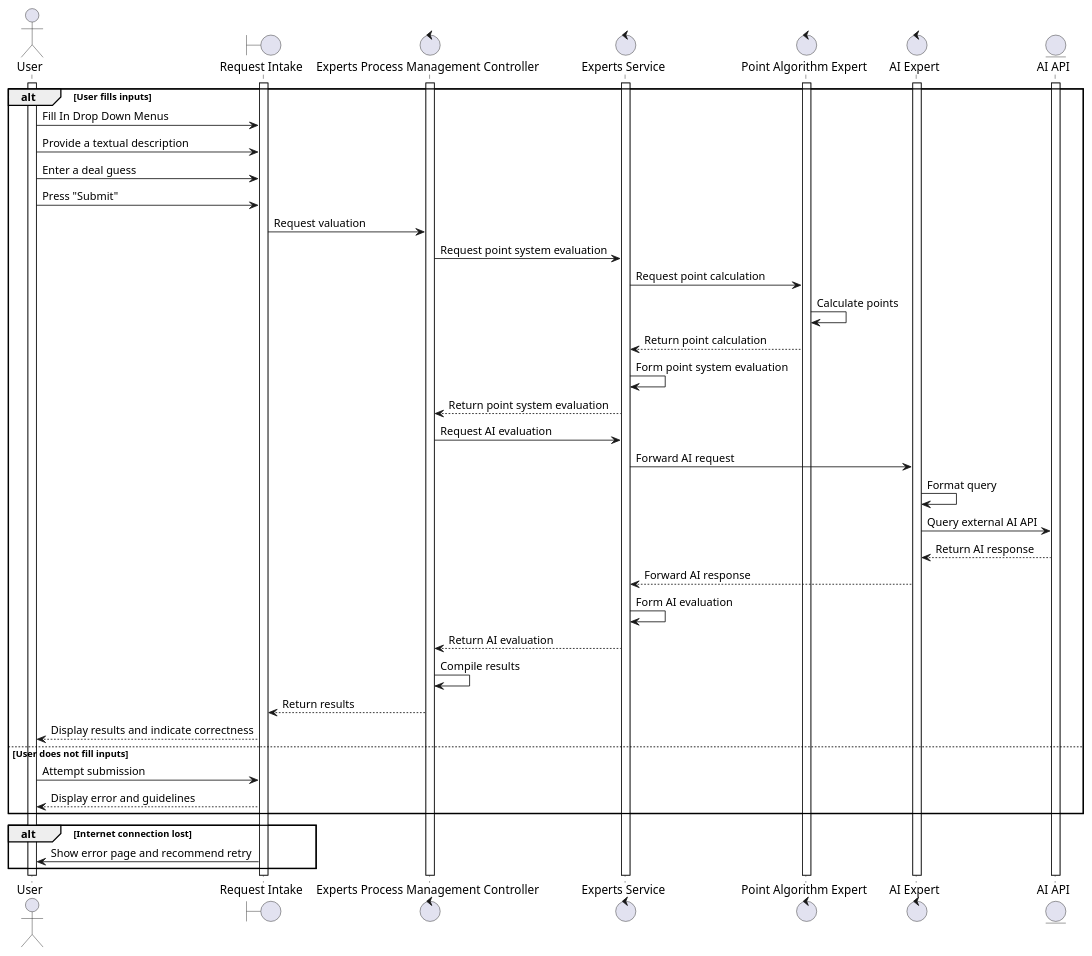
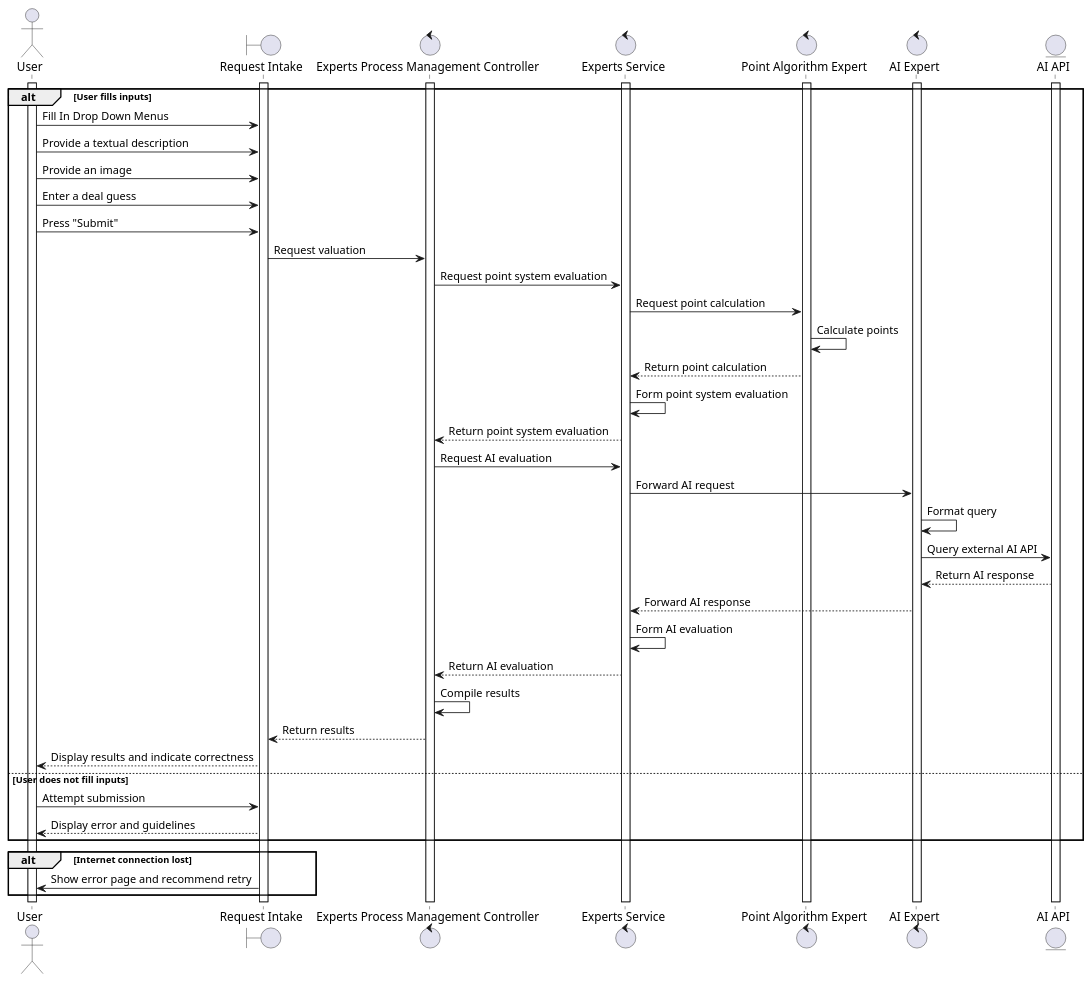
Before and after one commit to AhsanM71/SFWRENG-3A04-D1: the diagram in PUML/BE5.puml, drawn with PlantUML.

```diff
--- a/PUML/BE5.puml
+++ b/PUML/BE5.puml
@@ -1,49 +1,50 @@
 @startuml be3
 actor User
 boundary "Request Intake" as Intake
 control "Experts Process Management Controller" as Controller
 control "Experts Service" as Service
 control "Point Algorithm Expert" as Algorithm
 control "AI Expert" as AI
 entity "AI API" as AI_API
 activate User
 activate Intake
 activate Controller
 activate Service
 activate Algorithm
 activate AI
 activate AI_API
 
 alt User fills inputs
     User -> Intake: Fill In Drop Down Menus
     User -> Intake: Provide a textual description
+    User -> Intake: Provide an image
     User -> Intake: Enter a deal guess
     User -> Intake: Press "Submit"
     Intake -> Controller: Request valuation
     Controller -> Service: Request point system evaluation
     Service -> Algorithm: Request point calculation
     Algorithm -> Algorithm: Calculate points
     Algorithm --> Service: Return point calculation
     Service -> Service: Form point system evaluation
     Service --> Controller: Return point system evaluation
     Controller -> Service: Request AI evaluation
     Service -> AI: Forward AI request
     AI -> AI: Format query
     AI -> AI_API: Query external AI API
     AI_API --> AI: Return AI response
     AI --> Service: Forward AI response
     Service -> Service: Form AI evaluation
     Service --> Controller: Return AI evaluation
     Controller -> Controller: Compile results
     Controller --> Intake: Return results
     Intake --> User: Display results and indicate correctness
 else User does not fill inputs
     User -> Intake: Attempt submission
     Intake --> User: Display error and guidelines
 end
 
 alt Internet connection lost
     Intake -> User: Show error page and recommend retry
 end
 
 @enduml
```
